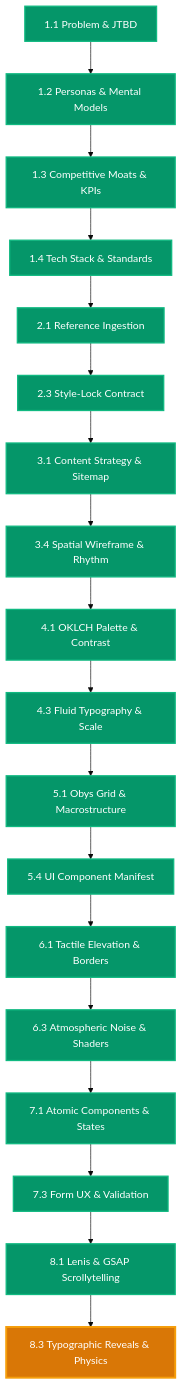
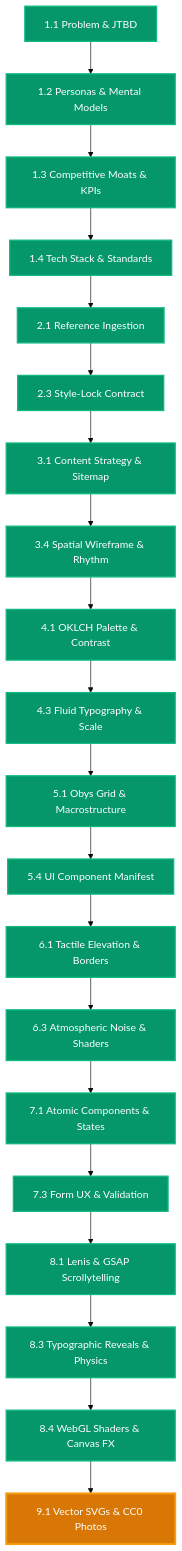
The diagram in RESUME.md (atinek-182/Vidya-Dham-Academy), drawn with Mermaid (base theme) before and after one commit. The commit also changed other lines of this file and 11 other files, not shown here.

Commit message:
[PASS] Phase 8.4: Implement StemBadgesCanvas, RayOpticsCanvas, shaders, and spec

````diff
--- a/RESUME.md
+++ b/RESUME.md
@@ -42,24 +42,26 @@
 ```mermaid
 graph TD
   P1_1["1.1 Problem & JTBD"]:::completed --> P1_2["1.2 Personas & Mental Models"]:::completed
   P1_2 --> P1_3["1.3 Competitive Moats & KPIs"]:::completed
   P1_3 --> P1_4["1.4 Tech Stack & Standards"]:::completed
   P1_4 --> P2_1["2.1 Reference Ingestion"]:::completed
   P2_1 --> P2_3["2.3 Style-Lock Contract"]:::completed
   P2_3 --> P3_1["3.1 Content Strategy & Sitemap"]:::completed
   P3_1 --> P3_4["3.4 Spatial Wireframe & Rhythm"]:::completed
   P3_4 --> P4_1["4.1 OKLCH Palette & Contrast"]:::completed
   P4_1 --> P4_3["4.3 Fluid Typography & Scale"]:::completed
   P4_3 --> P5_1["5.1 Obys Grid & Macrostructure"]:::completed
   P5_1 --> P5_4["5.4 UI Component Manifest"]:::completed
   P5_4 --> P6_1["6.1 Tactile Elevation & Borders"]:::completed
   P6_1 --> P6_3["6.3 Atmospheric Noise & Shaders"]:::completed
   P6_3 --> P7_1["7.1 Atomic Components & States"]:::completed
   P7_1 --> P7_3["7.3 Form UX & Validation"]:::completed
   P7_3 --> P8_1["8.1 Lenis & GSAP Scrollytelling"]:::completed
-  P8_1 --> P8_3["8.3 Typographic Reveals & Physics"]:::active
+  P8_1 --> P8_3["8.3 Typographic Reveals & Physics"]:::completed
+  P8_3 --> P8_4["8.4 WebGL Shaders & Canvas FX"]:::completed
+  P8_4 --> P9_1["9.1 Vector SVGs & CC0 Photos"]:::active
 
   classDef completed fill:#059669,stroke:#10b981,color:#ffffff,stroke-width:2px;
   classDef active fill:#d97706,stroke:#f59e0b,color:#ffffff,stroke-width:3px;
   classDef pending fill:#1f2937,stroke:#374151,color:#9ca3af,stroke-width:1px;
 ```
````
